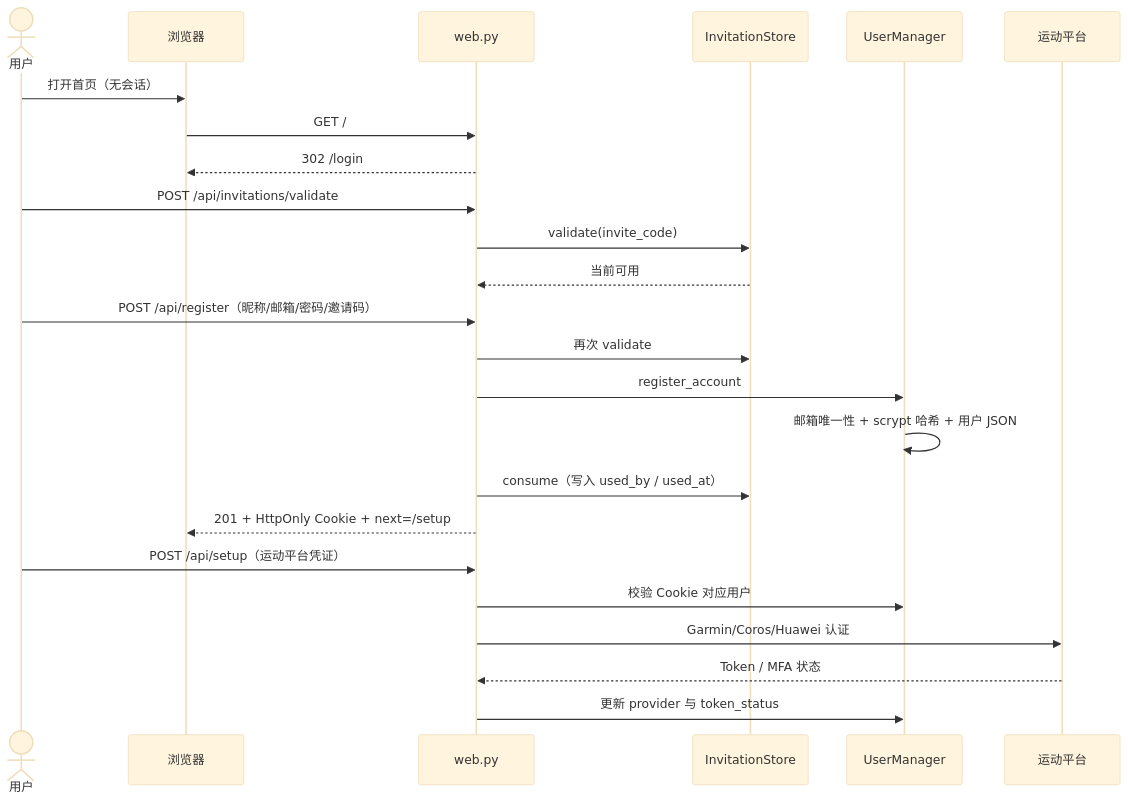
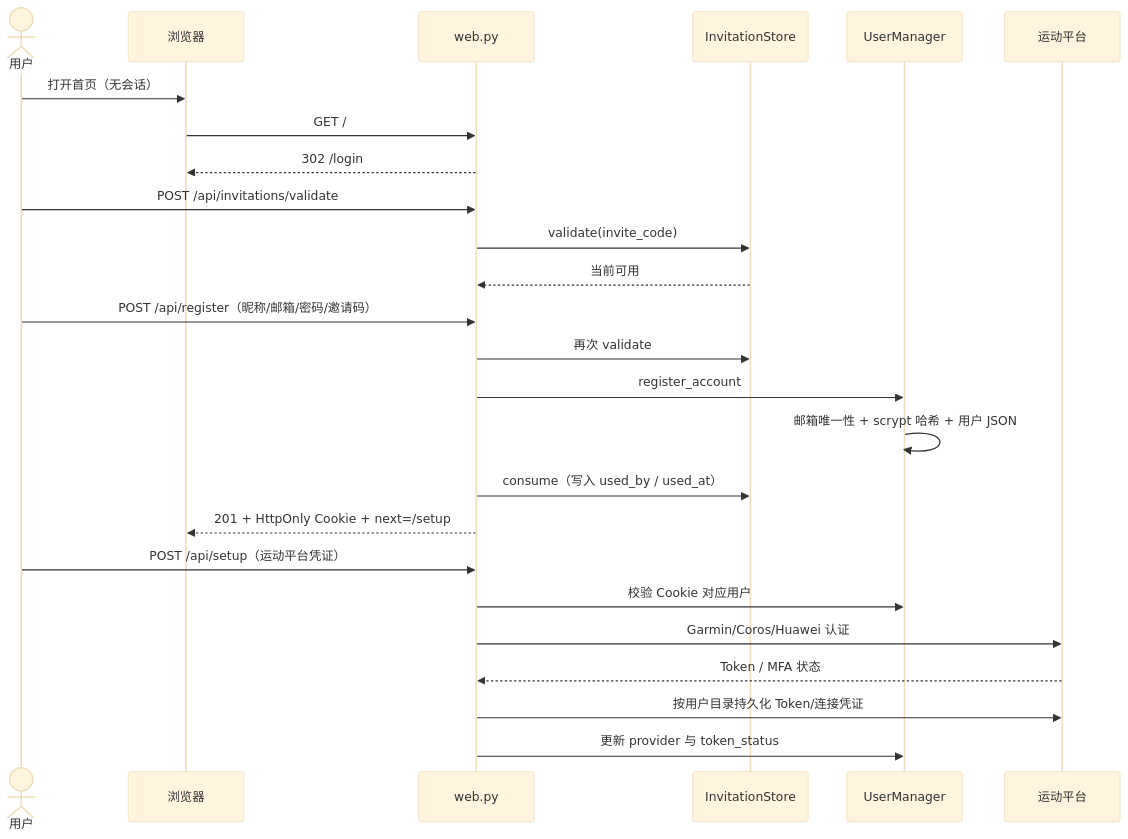
One commit to qd1993102/rundown changed the fifth of 5 diagrams in docs/design/05-data-flow.md. Above: the diagram before and after it, drawn with Mermaid (base theme). The commit also changed other lines of this file and 31 other files, not shown here.

````diff
--- a/docs/design/05-data-flow.md
+++ b/docs/design/05-data-flow.md
@@ -122,27 +122,28 @@
 ```mermaid
 sequenceDiagram
     actor User as 用户
     participant Web as 浏览器
     participant API as web.py
     participant Invite as InvitationStore
     participant Users as UserManager
     participant Provider as 运动平台
 
     User->>Web: 打开首页（无会话）
     Web->>API: GET /
     API-->>Web: 302 /login
     User->>API: POST /api/invitations/validate
     API->>Invite: validate(invite_code)
     Invite-->>API: 当前可用
     User->>API: POST /api/register（昵称/邮箱/密码/邀请码）
     API->>Invite: 再次 validate
     API->>Users: register_account
     Users->>Users: 邮箱唯一性 + scrypt 哈希 + 用户 JSON
     API->>Invite: consume（写入 used_by / used_at）
     API-->>Web: 201 + HttpOnly Cookie + next=/setup
     User->>API: POST /api/setup（运动平台凭证）
     API->>Users: 校验 Cookie 对应用户
     API->>Provider: Garmin/Coros/Huawei 认证
     Provider-->>API: Token / MFA 状态
+    API->>Provider: 按用户目录持久化 Token/连接凭证
     API->>Users: 更新 provider 与 token_status
 ```
````
